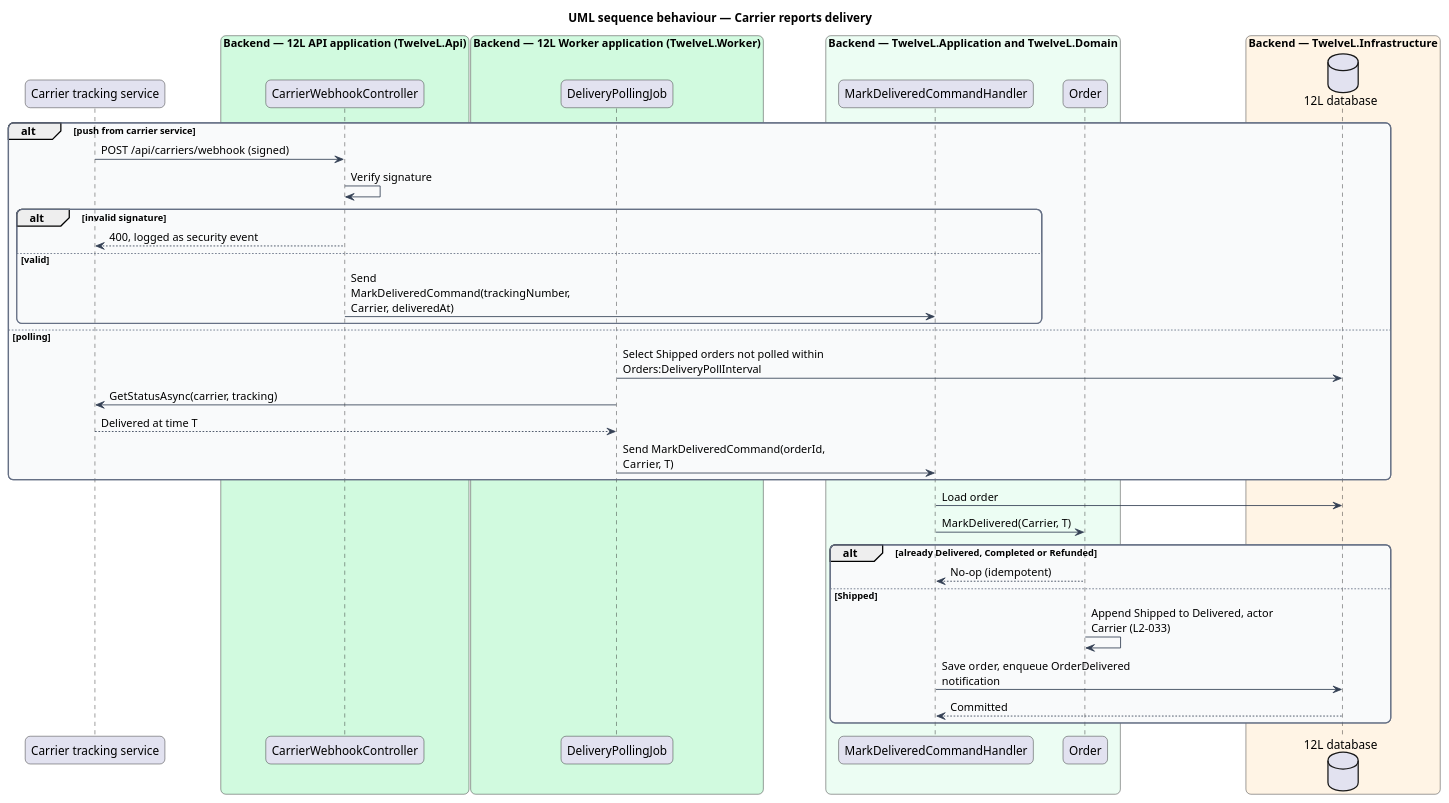
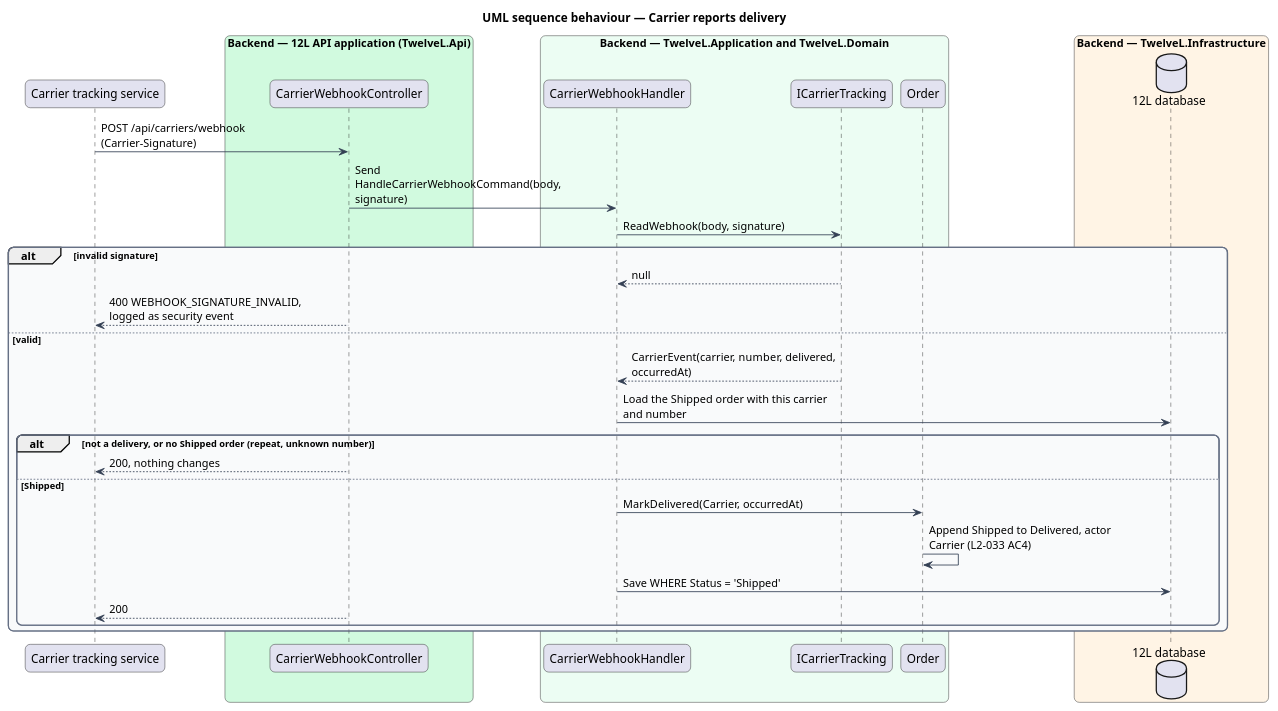
One commit to QuinntyneBrown/12l changed the diagram in docs/detailed-designs/orders/ship-order/diagrams/sequence-delivery.puml. Above: the diagram before and after it, drawn with PlantUML. The commit also changed 66 other files, not shown here.

```diff
--- a/docs/detailed-designs/orders/ship-order/diagrams/sequence-delivery.puml
+++ b/docs/detailed-designs/orders/ship-order/diagrams/sequence-delivery.puml
@@ -1,56 +1,49 @@
 @startuml
 title UML sequence behaviour — Carrier reports delivery
 skinparam backgroundColor #FFFFFF
 skinparam shadowing false
 skinparam roundcorner 12
 skinparam defaultFontName Arial
 skinparam ArrowColor #344054
 skinparam rectangle {
   BorderColor #344054
   FontColor #101828
 }
 skinparam package {
   BorderColor #667085
   FontColor #101828
   BackgroundColor #F9FAFB
 }
 skinparam sequenceMessageAlign left
 skinparam maxMessageSize 260
 participant "Carrier tracking service" as carrier
 box "Backend — 12L API application (TwelveL.Api)" #D1FADF
   participant "CarrierWebhookController" as cwh
 end box
-box "Backend — 12L Worker application (TwelveL.Worker)" #D1FADF
-  participant "DeliveryPollingJob" as poll
-end box
 box "Backend — TwelveL.Application and TwelveL.Domain" #ECFDF3
-  participant "MarkDeliveredCommandHandler" as h
+  participant "CarrierWebhookHandler" as h
+  participant "ICarrierTracking" as port
   participant "Order" as order
 end box
 box "Backend — TwelveL.Infrastructure" #FFF4E5
   database "12L database" as db
 end box
-alt push from carrier service
-  carrier -> cwh : POST /api/carriers/webhook (signed)
-  cwh -> cwh : Verify signature
-  alt invalid signature
-    cwh --> carrier : 400, logged as security event
-  else valid
-    cwh -> h : Send MarkDeliveredCommand(trackingNumber, Carrier, deliveredAt)
+carrier -> cwh : POST /api/carriers/webhook (Carrier-Signature)
+cwh -> h : Send HandleCarrierWebhookCommand(body, signature)
+h -> port : ReadWebhook(body, signature)
+alt invalid signature
+  port --> h : null
+  cwh --> carrier : 400 WEBHOOK_SIGNATURE_INVALID, logged as security event
+else valid
+  port --> h : CarrierEvent(carrier, number, delivered, occurredAt)
+  h -> db : Load the Shipped order with this carrier and number
+  alt not a delivery, or no Shipped order (repeat, unknown number)
+    cwh --> carrier : 200, nothing changes
+  else Shipped
+    h -> order : MarkDelivered(Carrier, occurredAt)
+    order -> order : Append Shipped to Delivered, actor Carrier (L2-033 AC4)
+    h -> db : Save WHERE Status = 'Shipped'
+    cwh --> carrier : 200
   end
-else polling
-  poll -> db : Select Shipped orders not polled within Orders:DeliveryPollInterval
-  poll -> carrier : GetStatusAsync(carrier, tracking)
-  carrier --> poll : Delivered at time T
-  poll -> h : Send MarkDeliveredCommand(orderId, Carrier, T)
-end
-h -> db : Load order
-h -> order : MarkDelivered(Carrier, T)
-alt already Delivered, Completed or Refunded
-  order --> h : No-op (idempotent)
-else Shipped
-  order -> order : Append Shipped to Delivered, actor Carrier (L2-033)
-  h -> db : Save order, enqueue OrderDelivered notification
-  db --> h : Committed
 end
 @enduml
```
